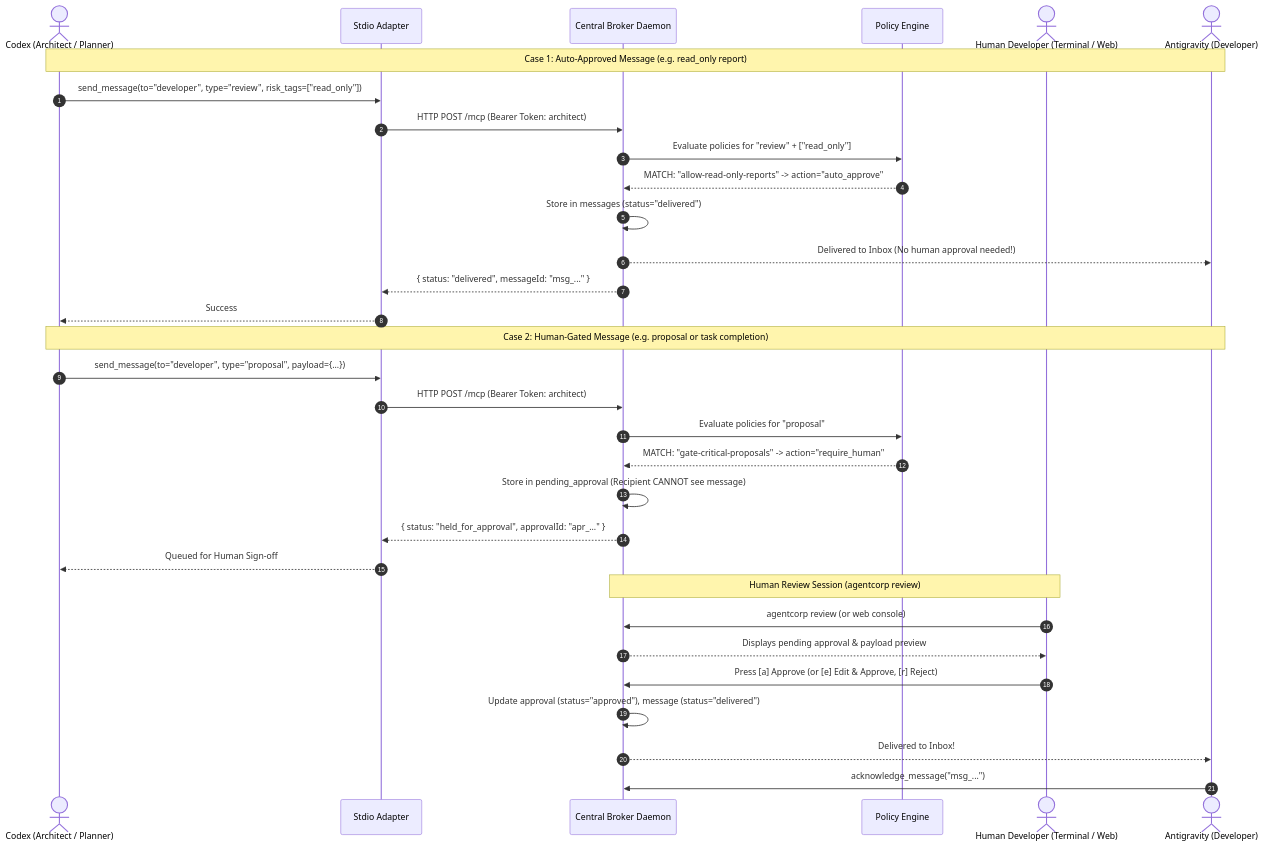
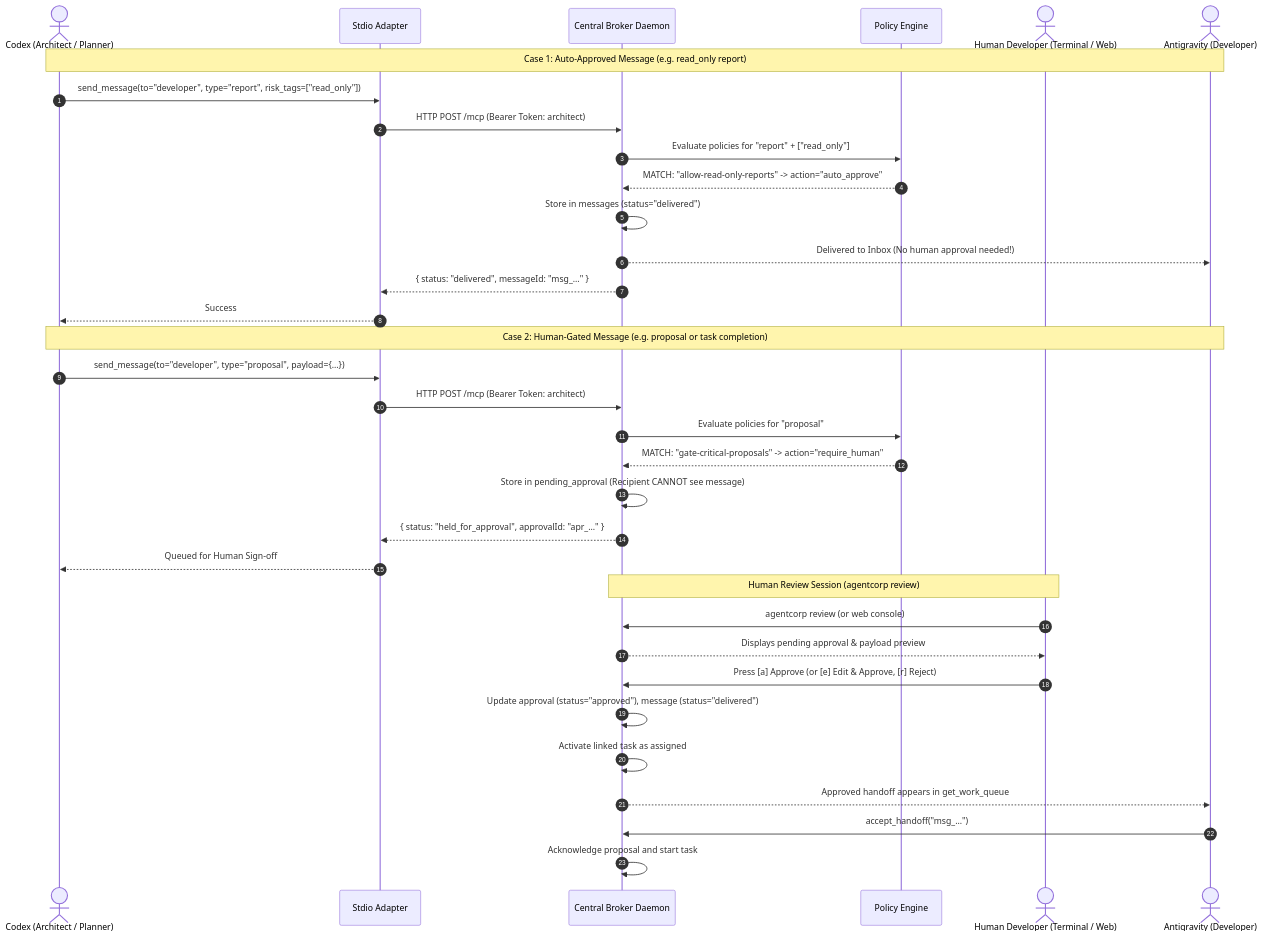
Before and after one commit to Shash-J/AgentCorp: the first of 3 diagrams in docs/guides/human-console.md, drawn with Mermaid. The commit also changed other lines of this file and 18 other files, not shown here.

````diff
--- a/docs/guides/human-console.md
+++ b/docs/guides/human-console.md
@@ -15,37 +15,39 @@
 ```mermaid
 sequenceDiagram
     autonumber
     actor Codex as Codex (Architect / Planner)
     participant Stdio as Stdio Adapter
     participant Daemon as Central Broker Daemon
     participant Policy as Policy Engine
     actor Human as Human Developer (Terminal / Web)
     actor Gemini as Antigravity (Developer)
 
     Note over Codex, Gemini: Case 1: Auto-Approved Message (e.g. read_only report)
-    Codex->>Stdio: send_message(to="developer", type="review", risk_tags=["read_only"])
+    Codex->>Stdio: send_message(to="developer", type="report", risk_tags=["read_only"])
     Stdio->>Daemon: HTTP POST /mcp (Bearer Token: architect)
-    Daemon->>Policy: Evaluate policies for "review" + ["read_only"]
+    Daemon->>Policy: Evaluate policies for "report" + ["read_only"]
     Policy-->>Daemon: MATCH: "allow-read-only-reports" -> action="auto_approve"
     Daemon->>Daemon: Store in messages (status="delivered")
     Daemon-->>Gemini: Delivered to Inbox (No human approval needed!)
     Daemon-->>Stdio: { status: "delivered", messageId: "msg_..." }
     Stdio-->>Codex: Success
 
     Note over Codex, Gemini: Case 2: Human-Gated Message (e.g. proposal or task completion)
     Codex->>Stdio: send_message(to="developer", type="proposal", payload={...})
     Stdio->>Daemon: HTTP POST /mcp (Bearer Token: architect)
     Daemon->>Policy: Evaluate policies for "proposal"
     Policy-->>Daemon: MATCH: "gate-critical-proposals" -> action="require_human"
     Daemon->>Daemon: Store in pending_approval (Recipient CANNOT see message)
     Daemon-->>Stdio: { status: "held_for_approval", approvalId: "apr_..." }
     Stdio-->>Codex: Queued for Human Sign-off
 
     Note over Human, Daemon: Human Review Session (agentcorp review)
     Human->>Daemon: agentcorp review (or web console)
     Daemon-->>Human: Displays pending approval & payload preview
     Human->>Daemon: Press [a] Approve (or [e] Edit & Approve, [r] Reject)
     Daemon->>Daemon: Update approval (status="approved"), message (status="delivered")
-    Daemon-->>Gemini: Delivered to Inbox!
-    Gemini->>Daemon: acknowledge_message("msg_...")
+    Daemon->>Daemon: Activate linked task as assigned
+    Daemon-->>Gemini: Approved handoff appears in get_work_queue
+    Gemini->>Daemon: accept_handoff("msg_...")
+    Daemon->>Daemon: Acknowledge proposal and start task
 ```
````
